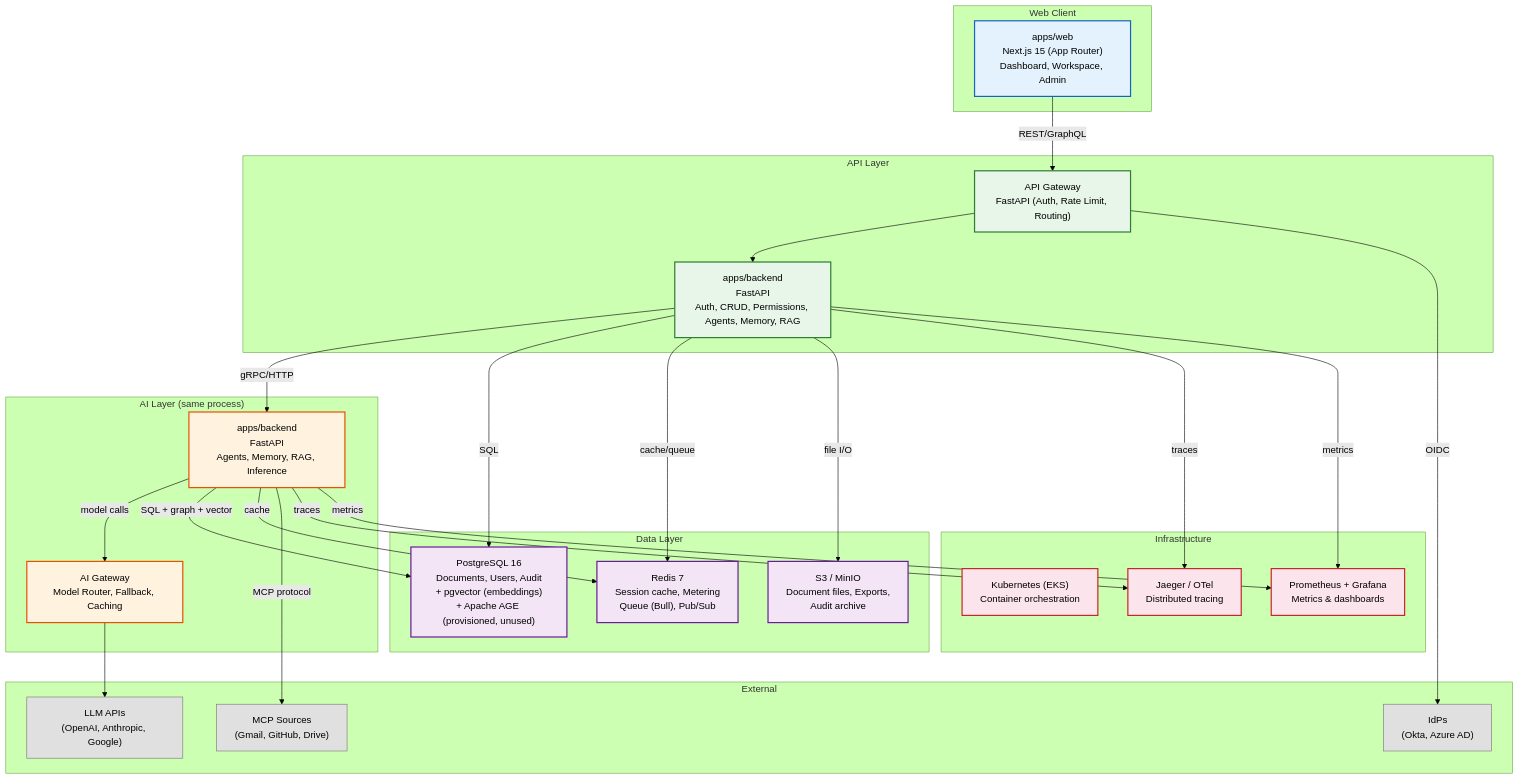
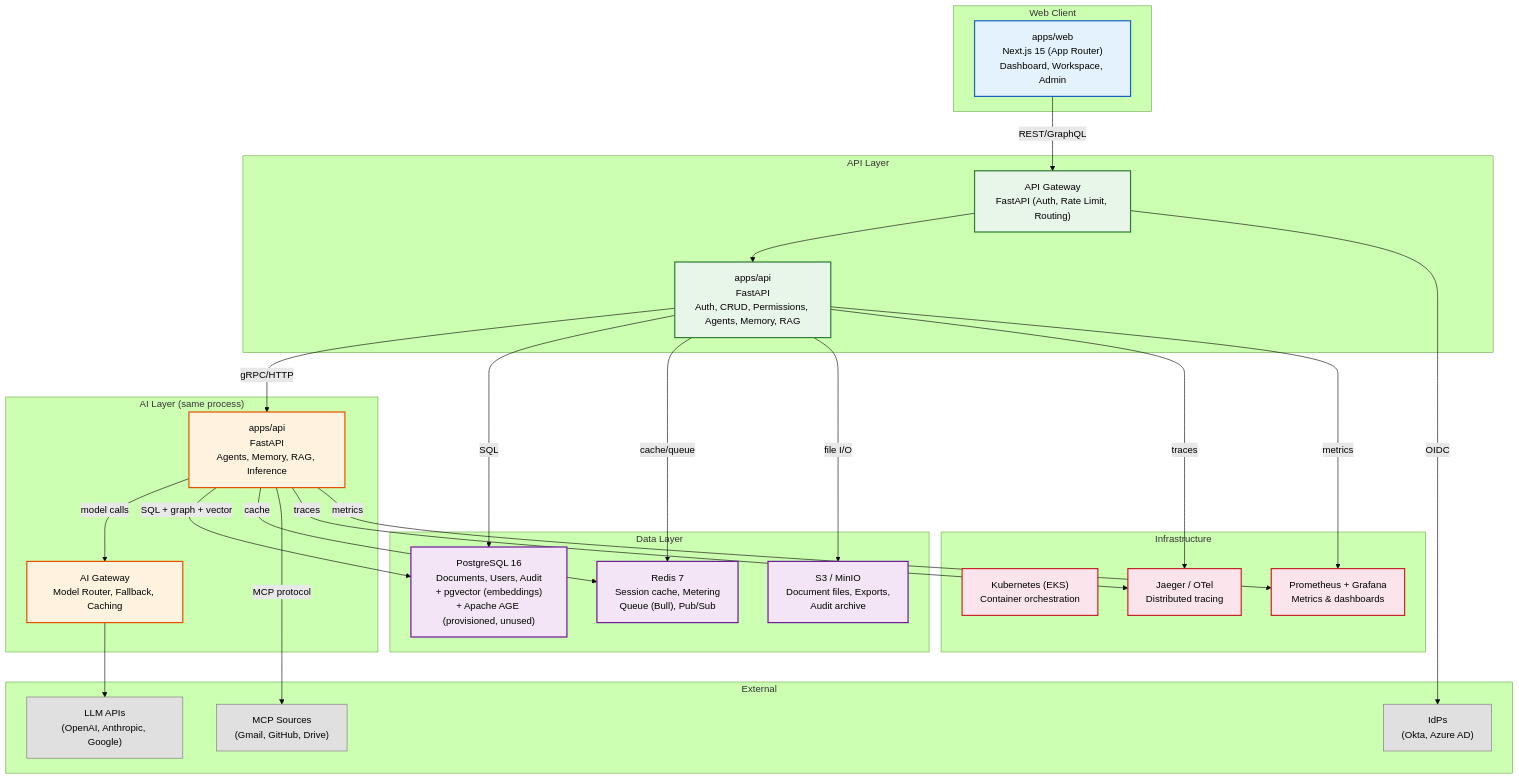
Before and after one commit to Driftloom/Vaeloom: the second of 5 diagrams in docs/architecture/C4-Architecture.md, drawn with Mermaid (forest theme). The commit also changed other lines of this file and 730 other files, not shown here.

First line of the commit message:
refactor: rename apps/backend to apps/api + upgrade MVP-P02 prompt

````diff
--- a/docs/architecture/C4-Architecture.md
+++ b/docs/architecture/C4-Architecture.md
@@ -114,54 +114,54 @@
 ```mermaid
 graph TB
     classDef frontend fill:#e3f2fd,stroke:#1565c0,color:#000,stroke-width:2px
     classDef api fill:#e8f5e9,stroke:#2e7d32,color:#000,stroke-width:2px
     classDef ai fill:#fff3e0,stroke:#e65100,color:#000,stroke-width:2px
     classDef data fill:#f3e5f5,stroke:#6a1b9a,color:#000,stroke-width:2px
     classDef infra fill:#fce4ec,stroke:#c62828,color:#000,stroke-width:2px
     classDef external fill:#e0e0e0,stroke:#757575,color:#000,stroke-width:1px
 
     subgraph Web["Web Client"]
         APP["apps/web<br/>Next.js 15 (App Router)<br/>Dashboard, Workspace, Admin"]:::frontend
     end
 
     subgraph API["API Layer"]
         GW["API Gateway<br/>FastAPI (Auth, Rate Limit, Routing)"]:::api
-        APISRV["apps/backend<br/>FastAPI<br/>Auth, CRUD, Permissions, Agents, Memory, RAG"]:::api
+        APISRV["apps/api<br/>FastAPI<br/>Auth, CRUD, Permissions, Agents, Memory, RAG"]:::api
     end
 
     subgraph AI["AI Layer (same process)"]
-        AISRV["apps/backend<br/>FastAPI<br/>Agents, Memory, RAG, Inference"]:::ai
+        AISRV["apps/api<br/>FastAPI<br/>Agents, Memory, RAG, Inference"]:::ai
         GATEWAY["AI Gateway<br/>Model Router, Fallback, Caching"]:::ai
     end
 
     subgraph Data["Data Layer"]
         PG["PostgreSQL 16<br/>Documents, Users, Audit<br/>+ pgvector (embeddings)<br/>+ Apache AGE (provisioned, unused)"]:::data
         REDIS["Redis 7<br/>Session cache, Metering<br/>Queue (Bull), Pub/Sub"]:::data
         S3["S3 / MinIO<br/>Document files, Exports,<br/>Audit archive"]:::data
     end
 
     subgraph Infra["Infrastructure"]
         K8S["Kubernetes (EKS)<br/>Container orchestration"]:::infra
         PROM["Prometheus + Grafana<br/>Metrics & dashboards"]:::infra
         JAEGER["Jaeger / OTel<br/>Distributed tracing"]:::infra
     end
 
     subgraph External["External"]
         LLM["LLM APIs<br/>(OpenAI, Anthropic, Google)"]:::external
         IDP["IdPs<br/>(Okta, Azure AD)"]:::external
         MCP_S["MCP Sources<br/>(Gmail, GitHub, Drive)"]:::external
     end
 
     APP -->|"REST/GraphQL"| GW --> APISRV
     APISRV -->|"gRPC/HTTP"| AISRV
     AISRV -->|"model calls"| GATEWAY --> LLM
     APISRV -->|"SQL"| PG
     APISRV -->|"cache/queue"| REDIS
     AISRV -->|"SQL + graph + vector"| PG
     AISRV -->|"cache"| REDIS
     APISRV -->|"file I/O"| S3
     GW -->|"OIDC"| IDP
     AISRV -->|"MCP protocol"| MCP_S
     APISRV & AISRV -->|"traces"| JAEGER
     APISRV & AISRV -->|"metrics"| PROM
 ```
````
